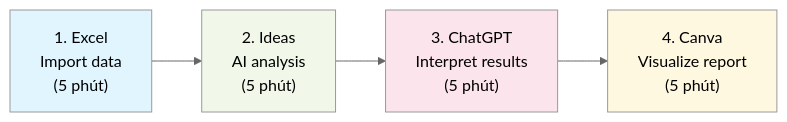
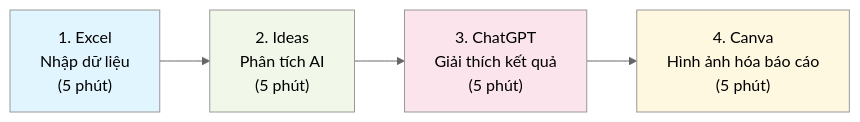
The second of 2 diagrams in docs/appendix/cheatsheet.md (zukahai/ai-teaching), drawn with Mermaid (neutral theme) before and after one commit. The commit also changed other lines of this file and 4 other files, not shown here.

````diff
--- a/docs/appendix/cheatsheet.md
+++ b/docs/appendix/cheatsheet.md
@@ -146,11 +146,11 @@
 ```mermaid
 flowchart LR
-    A["1. Excel<br/>Import data<br/>(5 phút)"] --> B["2. Ideas<br/>AI analysis<br/>(5 phút)"]
-    B --> C["3. ChatGPT<br/>Interpret results<br/>(5 phút)"]
-    C --> D["4. Canva<br/>Visualize report<br/>(5 phút)"]
+    A["1. Excel<br/>Nhập dữ liệu<br/>(5 phút)"] --> B["2. Ideas<br/>Phân tích AI<br/>(5 phút)"]
+    B --> C["3. ChatGPT<br/>Giải thích kết quả<br/>(5 phút)"]
+    C --> D["4. Canva<br/>Hình ảnh hóa báo cáo<br/>(5 phút)"]
     
     style A fill:#e1f5fe
     style B fill:#f1f8e9
     style C fill:#fce4ec  
     style D fill:#fff8e1
 ```
````
